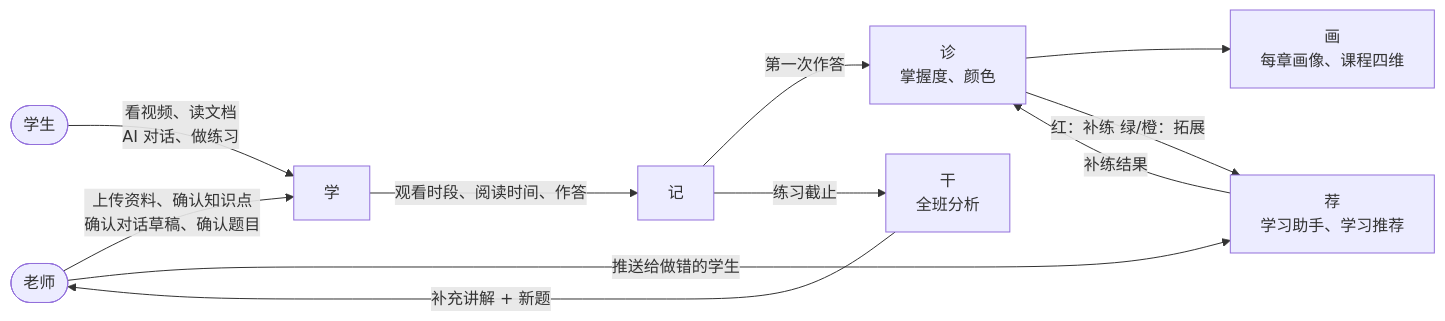
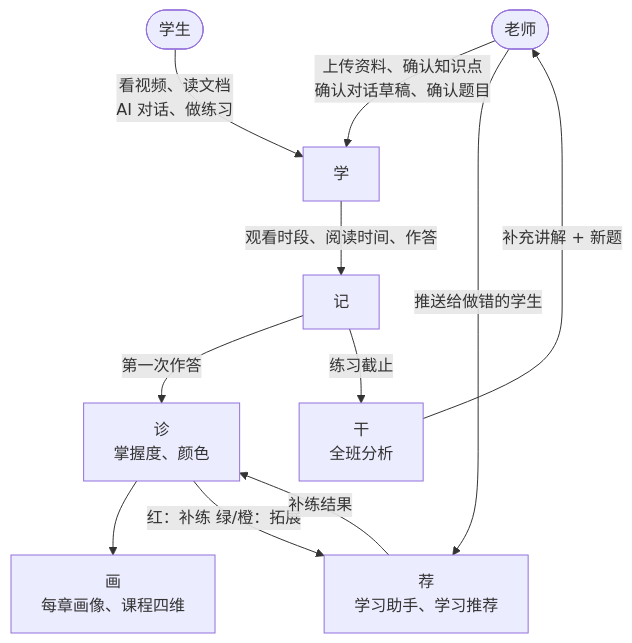
One commit to BRYANSOONZEN/Ai-Agent-Learning-Assistant changed the first of 2 diagrams in docs/提交材料/01-需求分析.md. Above: the diagram before and after it, drawn with Mermaid. The commit also changed other lines of this file and 3 other files, not shown here.

Commit message:
Markdown 转 Word 工具（流程图渲染成图片、Word 自动目录、A4、按内容分配列宽）；需求分析的两张图改成适合打印的版式

````diff
--- a/docs/提交材料/01-需求分析.md
+++ b/docs/提交材料/01-需求分析.md
@@ -112,13 +112,13 @@
 ```mermaid
-flowchart LR
+flowchart TB
     T([老师]) -->|"上传资料、确认知识点<br/>确认对话草稿、确认题目"| L[学]
     S([学生]) -->|看视频、读文档<br/>AI 对话、做练习| L
     L -->|观看时段、阅读时间、作答| R[记]
     R -->|第一次作答| D[诊<br/>掌握度、颜色]
     D --> P[画<br/>每章画像、课程四维]
     D -->|红：补练 绿/橙：拓展| C[荐<br/>学习助手、学习推荐]
     R -->|练习截止| I[干<br/>全班分析]
     I -->|补充讲解 + 新题| T
     T -->|推送给做错的学生| C
     C -->|补练结果| D
 ```
````
